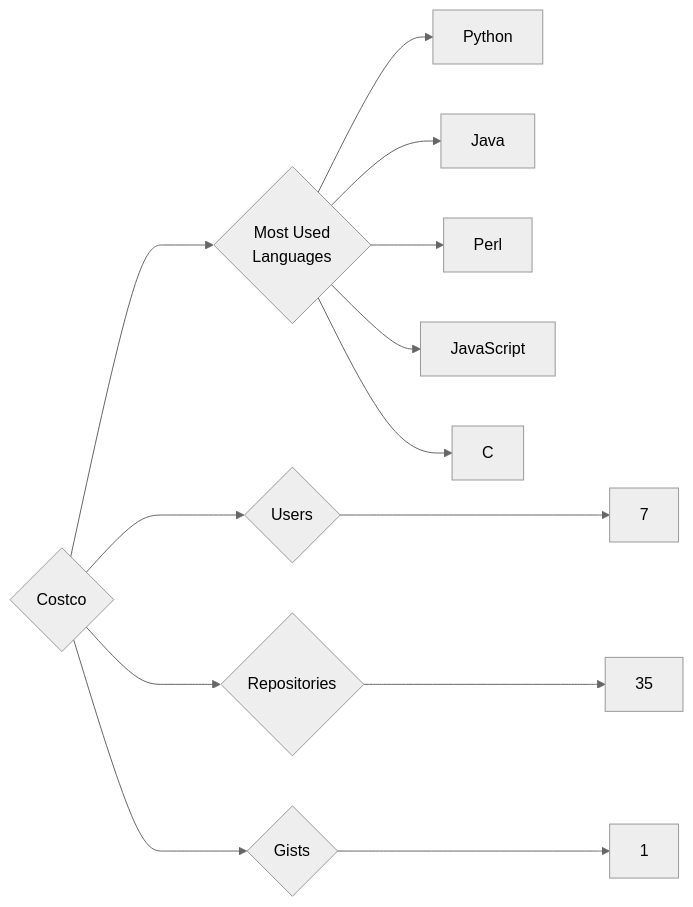
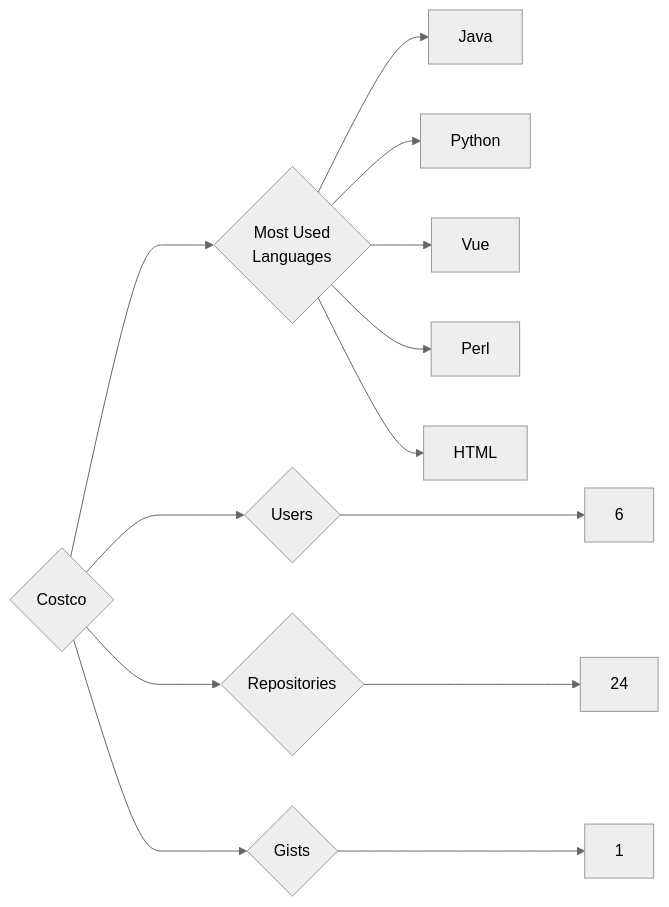
One commit to trickest/insiders changed the diagram in targets/Costco/README.md. Above: the diagram before and after it, drawn with Mermaid (neutral theme). The commit also changed 942 other files, not shown here.

````diff
--- a/targets/Costco/README.md
+++ b/targets/Costco/README.md
@@ -3,13 +3,13 @@
 ```mermaid
 graph LR
 COMPANY_NAME{Costco}
-COMPANY_NAME ---> U{Users} ---> UN[7]
-COMPANY_NAME ---> R{Repositories} ---> RN[35]
+COMPANY_NAME ---> U{Users} ---> UN[6]
+COMPANY_NAME ---> R{Repositories} ---> RN[24]
 COMPANY_NAME ---> G{Gists} ---> GN[1]
 COMPANY_NAME ---> ML{Most Used<br>Languages}
+ML --> Java[Java]
 ML --> Python[Python]
-ML --> Java[Java]
+ML --> Vue[Vue]
 ML --> Perl[Perl]
-ML --> JavaScript[JavaScript]
-ML --> C[C]
+ML --> HTML[HTML]
 ```
````
